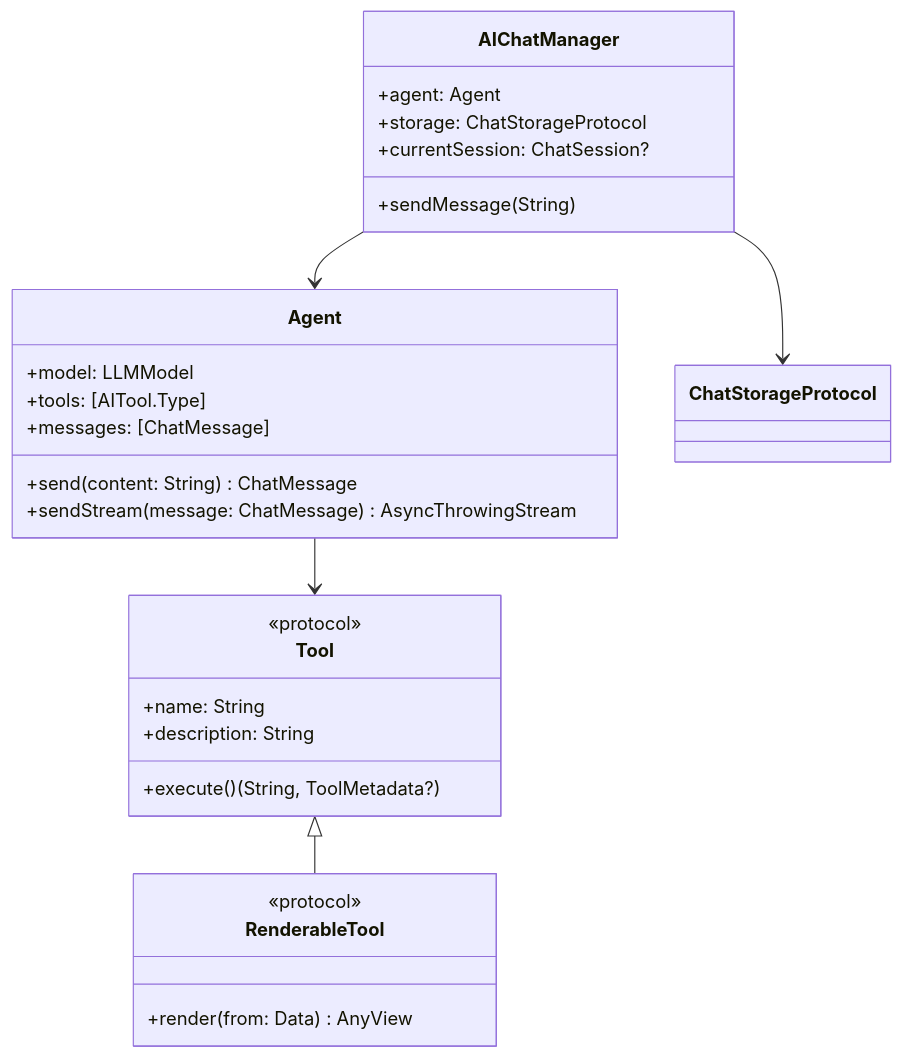
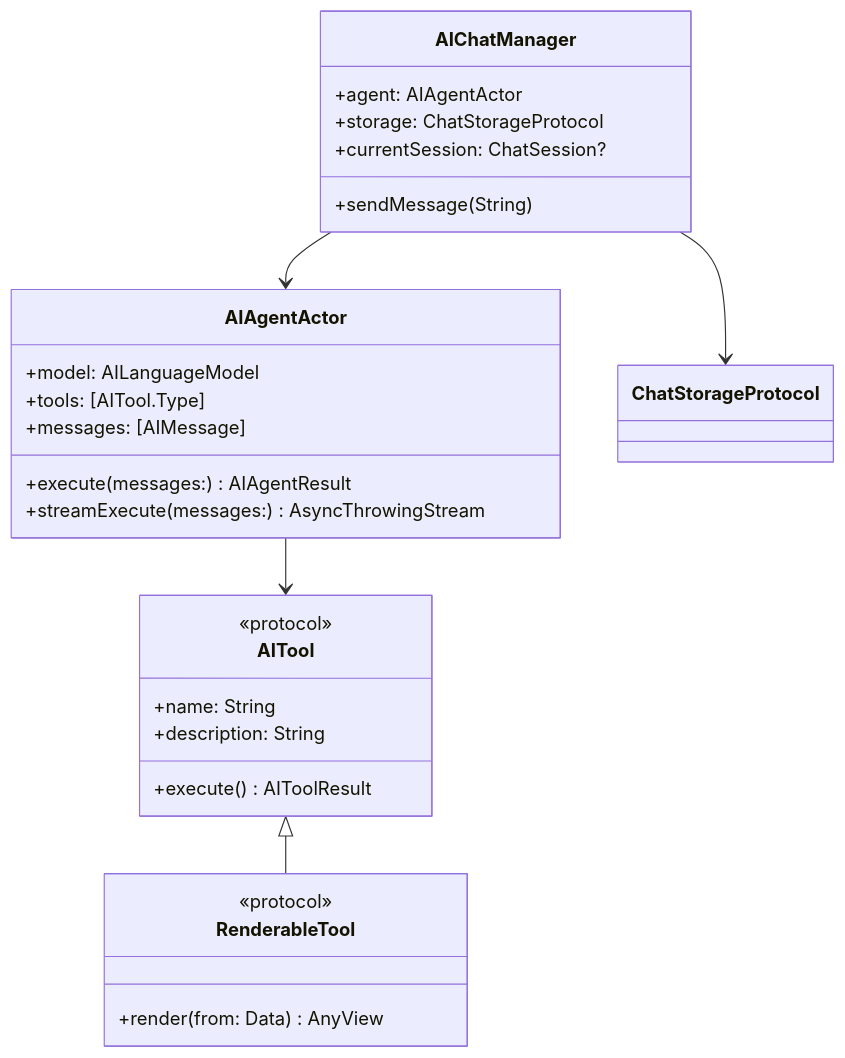
One commit to DanielhCarranza/AISDK changed the second of 3 diagrams in Sources/AISDK/docs/AISDK.md. Above: the diagram before and after it, drawn with Mermaid. The commit also changed other lines of this file and 8 other files, not shown here.

````diff
--- a/Sources/AISDK/docs/AISDK.md
+++ b/Sources/AISDK/docs/AISDK.md
@@ -82,34 +82,34 @@
 ```mermaid
 classDiagram
-    class Agent {
-        +model: LLMModel
+    class AIAgentActor {
+        +model: AILanguageModel
         +tools: [AITool.Type]
-        +messages: [ChatMessage]
-        +send(content: String) ChatMessage
-        +sendStream(message: ChatMessage) AsyncThrowingStream
+        +messages: [AIMessage]
+        +execute(messages:) AIAgentResult
+        +streamExecute(messages:) AsyncThrowingStream
     }
-    
-    class Tool {
+
+    class AITool {
         <<protocol>>
         +name: String
         +description: String
-        +execute() (String, ToolMetadata?)
+        +execute() AIToolResult
     }
-    
+
     class RenderableTool {
         <<protocol>>
         +render(from: Data) AnyView
     }
-    
+
     class AIChatManager {
-        +agent: Agent
+        +agent: AIAgentActor
         +storage: ChatStorageProtocol
         +currentSession: ChatSession?
         +sendMessage(String)
     }
-    
-    Tool <|-- RenderableTool
-    Agent --> Tool
-    AIChatManager --> Agent
+
+    AITool <|-- RenderableTool
+    AIAgentActor --> AITool
+    AIChatManager --> AIAgentActor
     AIChatManager --> ChatStorageProtocol
 ```
````
